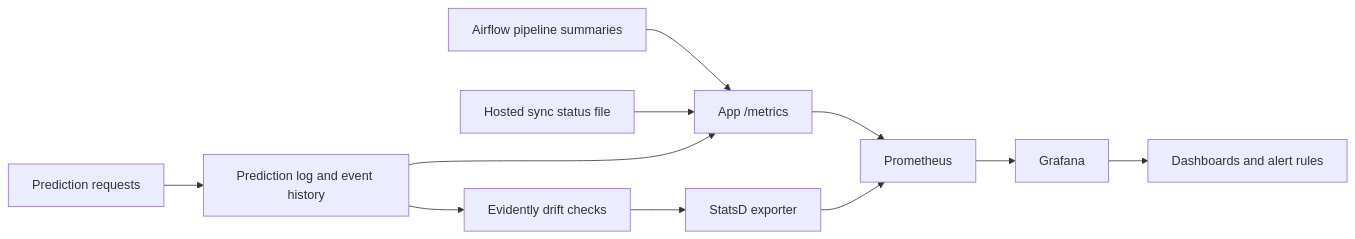
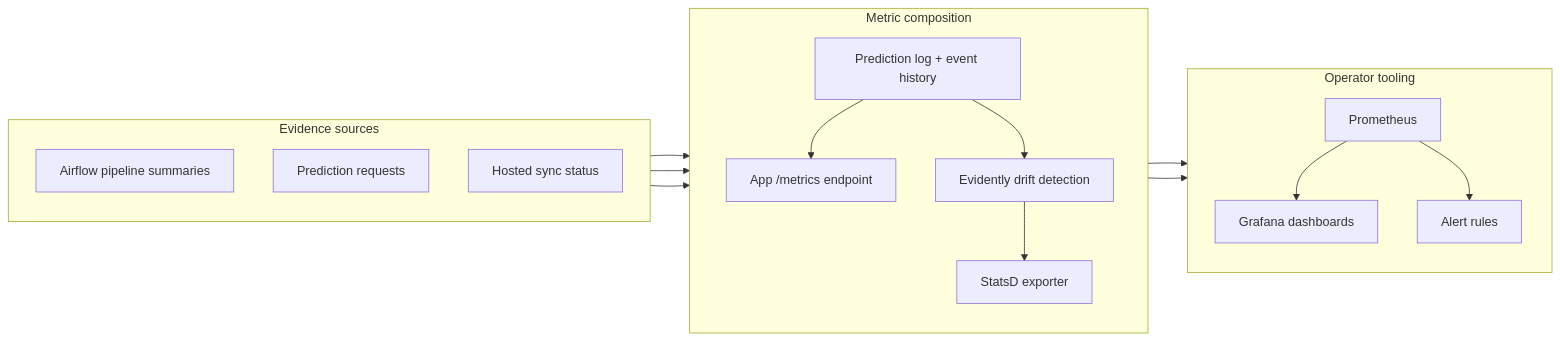
One commit to javihslu/foehncast changed the first of 2 diagrams in docs/site/system/monitoring.md. Above: the diagram before and after it, drawn with Mermaid. The commit also changed other lines of this file, not shown here.

```diff
--- a/docs/site/system/monitoring.md
+++ b/docs/site/system/monitoring.md
@@ -15,13 +15,35 @@
 <div class="mermaid">
 flowchart LR
-    AIR["Airflow pipeline summaries"] --> APP["App /metrics"]
-    PRED["Prediction requests"] --> LOG["Prediction log and event history"]
-    LOG --> DRIFT["Evidently drift checks"]
-    DRIFT --> STATSD["StatsD exporter"]
-    SYNC["Hosted sync status file"] --> APP
+    subgraph Sources ["Evidence sources"]
+        direction TB
+        AIR["Airflow pipeline summaries"]
+        PRED["Prediction requests"]
+        SYNC["Hosted sync status"]
+    end
+
+    subgraph Processing ["Metric composition"]
+        direction TB
+        APP["App /metrics endpoint"]
+        LOG["Prediction log + event history"]
+        DRIFT["Evidently drift detection"]
+        STATSD["StatsD exporter"]
+    end
+
+    subgraph Operator ["Operator tooling"]
+        direction TB
+        PROM["Prometheus"]
+        GRAFANA["Grafana dashboards"]
+        ALERT["Alert rules"]
+    end
+
+    AIR --> APP
+    PRED --> LOG
+    SYNC --> APP
     LOG --> APP
-    APP --> PROM["Prometheus"]
+    LOG --> DRIFT
+    DRIFT --> STATSD
+    APP --> PROM
     STATSD --> PROM
-    PROM --> GRAFANA["Grafana"]
-    GRAFANA --> DASH["Dashboards and alert rules"]
+    PROM --> GRAFANA
+    PROM --> ALERT
 </div>
```
